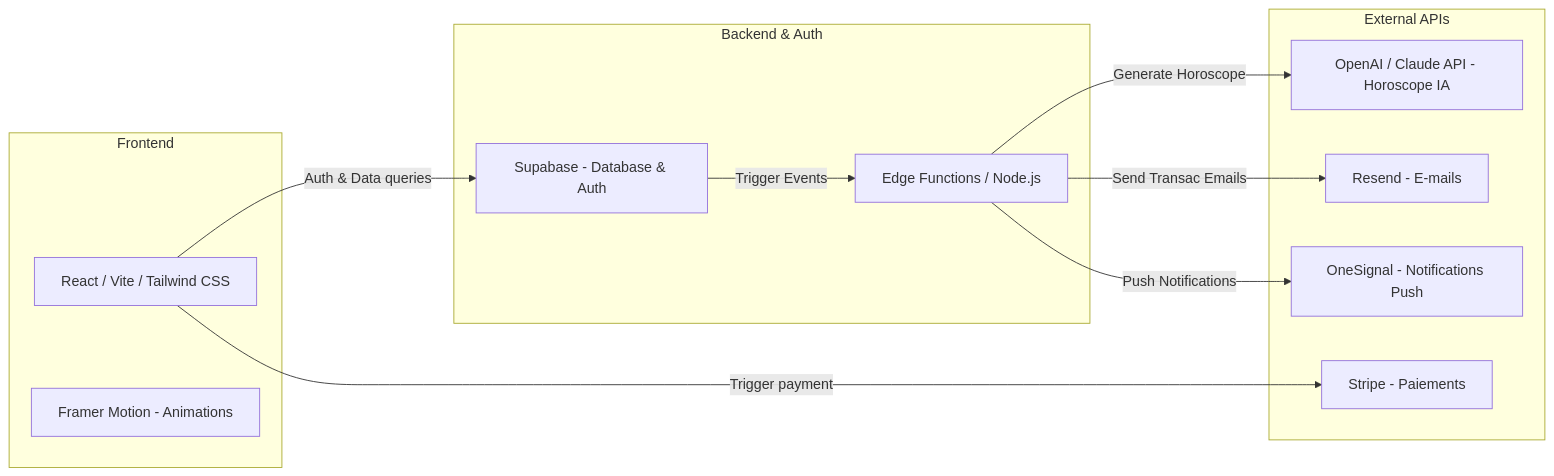
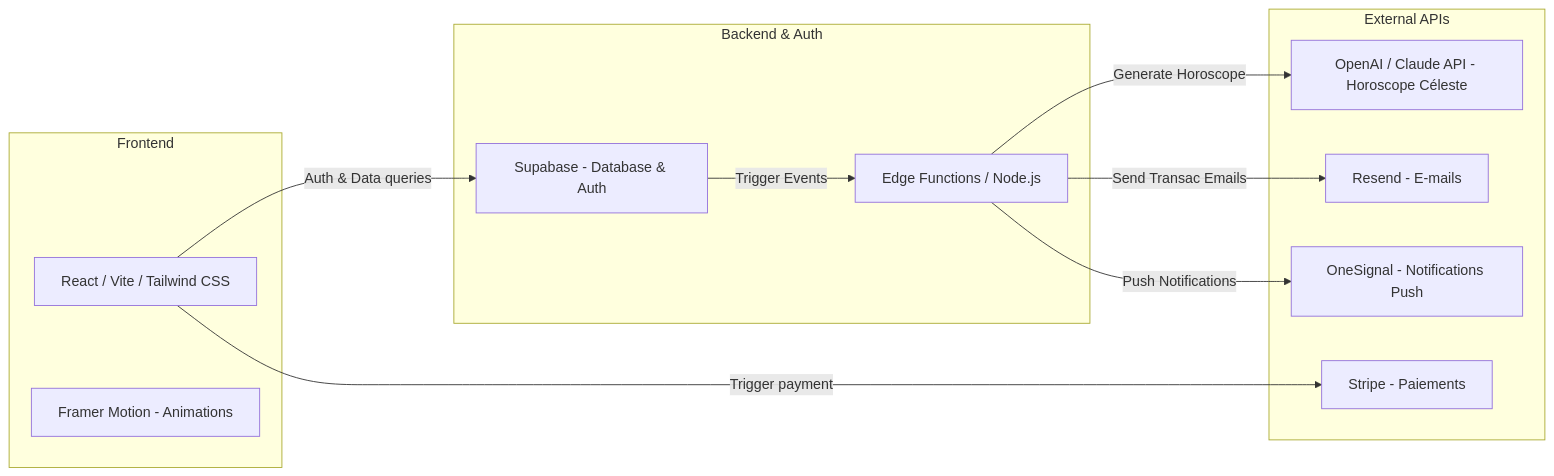
Before and after one commit to MelDennis1992/MoonAstro: the fifth of 6 diagrams in productdesign.md, drawn with Mermaid. The commit also changed other lines of this file and 10 other files, not shown here.

````diff
--- a/productdesign.md
+++ b/productdesign.md
@@ -276,24 +276,24 @@
 ```mermaid
 graph LR
     subgraph Frontend
         A[React / Vite / Tailwind CSS]
         B[Framer Motion - Animations]
     end
     subgraph Backend & Auth
         C[Supabase - Database & Auth]
         D[Edge Functions / Node.js]
     end
     subgraph External APIs
-        E[OpenAI / Claude API - Horoscope IA]
+        E[OpenAI / Claude API - Horoscope Céleste]
         F[Stripe - Paiements]
         G[Resend - E-mails]
         H[OneSignal - Notifications Push]
     end
 
     A -->|Auth & Data queries| C
     A -->|Trigger payment| F
     C -->|Trigger Events| D
     D -->|Generate Horoscope| E
     D -->|Send Transac Emails| G
     D -->|Push Notifications| H
 ```
````
